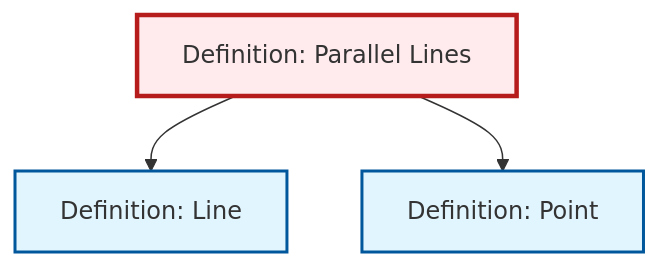
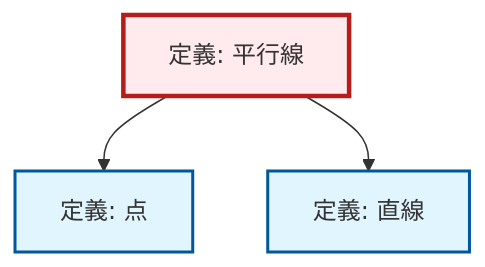
One commit to RK0429/ModernMath changed the diagram in content/ja/geometry/def-parallel.qmd. Above: the diagram before and after it, drawn with Mermaid. The commit also changed 1069 other files, not shown here.

````diff
--- a/content/ja/geometry/def-parallel.qmd
+++ b/content/ja/geometry/def-parallel.qmd
@@ -88,17 +88,17 @@
 ```{mermaid}
 %%| fig-cap: "Local dependency graph"
 graph TD
     classDef definition fill:#e1f5fe,stroke:#01579b,stroke-width:2px
     classDef theorem fill:#f3e5f5,stroke:#4a148c,stroke-width:2px
     classDef axiom fill:#fff3e0,stroke:#e65100,stroke-width:2px
     classDef example fill:#e8f5e9,stroke:#1b5e20,stroke-width:2px
     classDef current fill:#ffebee,stroke:#b71c1c,stroke-width:3px
-    def-line["Definition: Line"]:::definition
-    def-parallel["Definition: Parallel Lines"]:::definition
-    def-point["Definition: Point"]:::definition
+    def-point["定義: 点"]:::definition
+    def-line["定義: 直線"]:::definition
+    def-parallel["定義: 平行線"]:::definition
+    def-parallel --> def-point
     def-parallel --> def-line
-    def-parallel --> def-point
     class def-parallel current
-    click def-line "def-line.html" "Definition: Lineへ"
-    click def-point "def-point.html" "Definition: Pointへ"
+    click def-point "def-point.html" "点の定義へ"
+    click def-line "def-line.html" "直線の定義へ"
 ```
````
